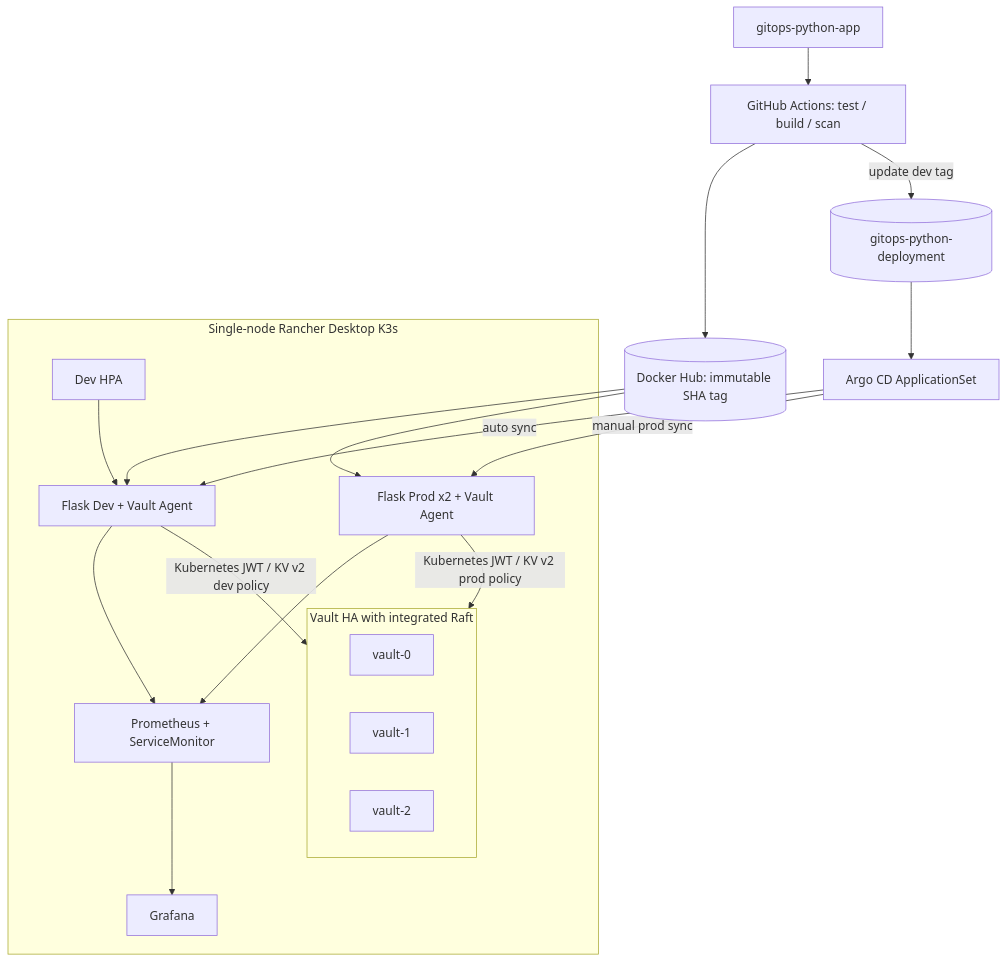
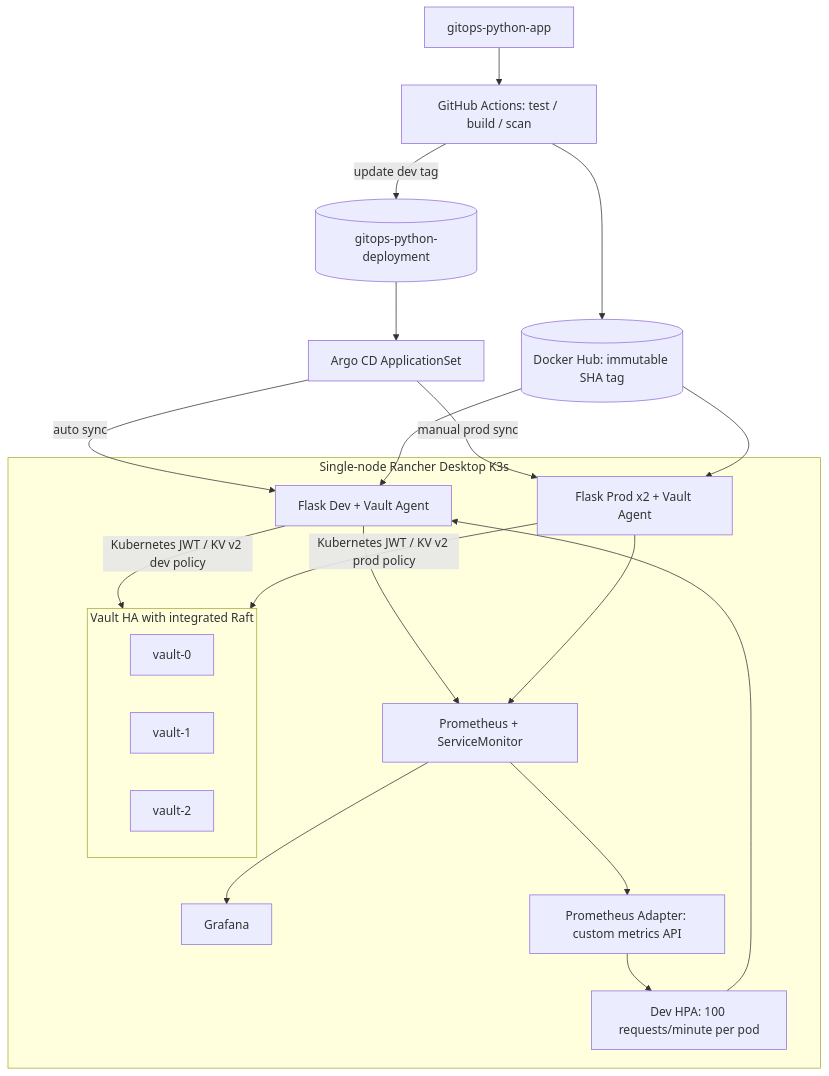
The diagram in assets/architecture.mmd (mrattdevops/gitops-python-deployment), drawn with Mermaid before and after one commit. The commit also changed 13 other files, not shown here.

Commit message:
Change metrics provider keda to native-adapter

```diff
--- a/assets/architecture.mmd
+++ b/assets/architecture.mmd
@@ -1,27 +1,30 @@
 flowchart TD
   CODE[gitops-python-app] --> CI[GitHub Actions: test / build / scan]
   CI --> HUB[(Docker Hub: immutable SHA tag)]
   CI -->|update dev tag| GIT[(gitops-python-deployment)]
   GIT --> ARGO[Argo CD ApplicationSet]
   ARGO -->|auto sync| DEV[Flask Dev + Vault Agent]
   ARGO -->|manual prod sync| PROD[Flask Prod x2 + Vault Agent]
   HUB --> DEV
   HUB --> PROD
   subgraph K3S[Single-node Rancher Desktop K3s]
     DEV
     PROD
     subgraph VAULT[Vault HA with integrated Raft]
       V0[vault-0]
       V1[vault-1]
       V2[vault-2]
     end
     PROM[Prometheus + ServiceMonitor]
     GRAF[Grafana]
-    HPA[Dev HPA]
+    ADAPTER[Prometheus Adapter: custom metrics API]
+    HPA[Dev HPA: 100 requests/minute per pod]
   end
   DEV -->|Kubernetes JWT / KV v2 dev policy| VAULT
   PROD -->|Kubernetes JWT / KV v2 prod policy| VAULT
   DEV --> PROM
   PROD --> PROM
   PROM --> GRAF
+  PROM --> ADAPTER
+  ADAPTER --> HPA
   HPA --> DEV
```
